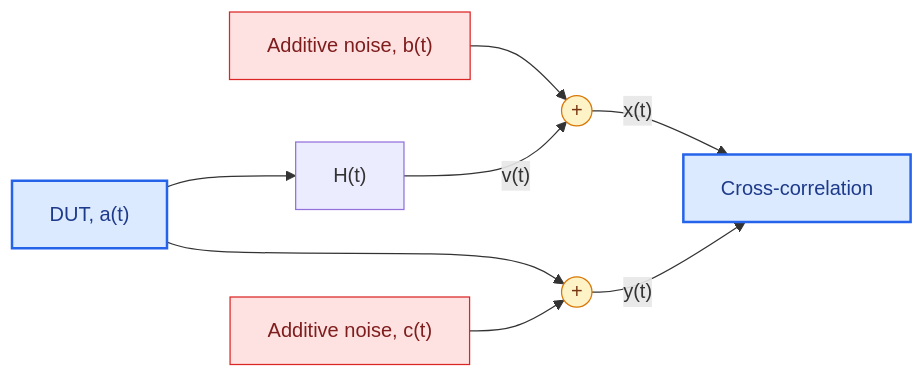
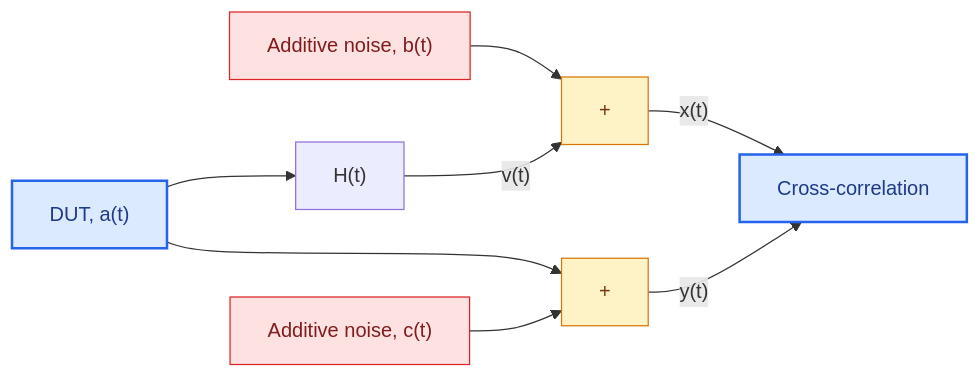
The second of 2 diagrams in Theoretical_overview/README.md (modestinocarbone/Spectra_lib), drawn with Mermaid before and after one commit. The commit also changed other lines of this file, not shown here.

Commit message:
Fix mermaid syntax in README.md diagrams

````diff
--- a/Theoretical_overview/README.md
+++ b/Theoretical_overview/README.md
@@ -107,20 +107,20 @@
 ```mermaid
 flowchart LR
 
-N1["Additive noise, b(t)"] --> SUM1((+))
+N1["Additive noise, b(t)"] --> SUM1["+"]
 DUT["DUT, a(t)"] --> H["H(t)"]
 H -->|"v(t)"| SUM1
-DUT --> SUM2((+))
+DUT --> SUM2["+"]
 N2["Additive noise, c(t)"] --> SUM2
 
 SUM1 -->|"x(t)"| CC["Cross-correlation"]
 SUM2 -->|"y(t)"| CC
 
 classDef dut fill:#dbeafe,stroke:#2563eb,color:#1e3a8a,stroke-width:2px
 classDef noise fill:#fee2e2,stroke:#dc2626,color:#7f1d1d
 classDef processing fill:#fef3c7,stroke:#d97706,color:#78350f
 
 class DUT,CC dut
 class N1,N2 noise
 class SUM1,SUM2 processing
 ```
````
